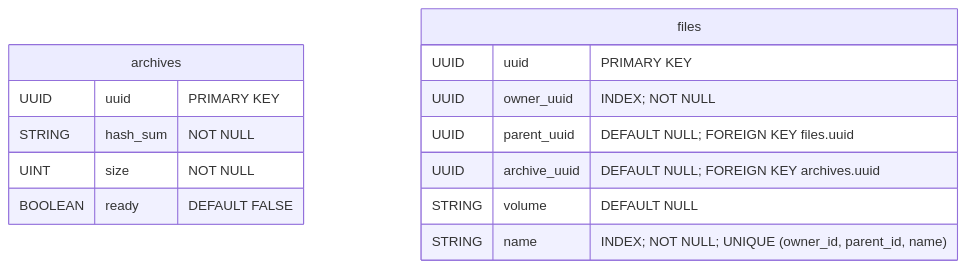
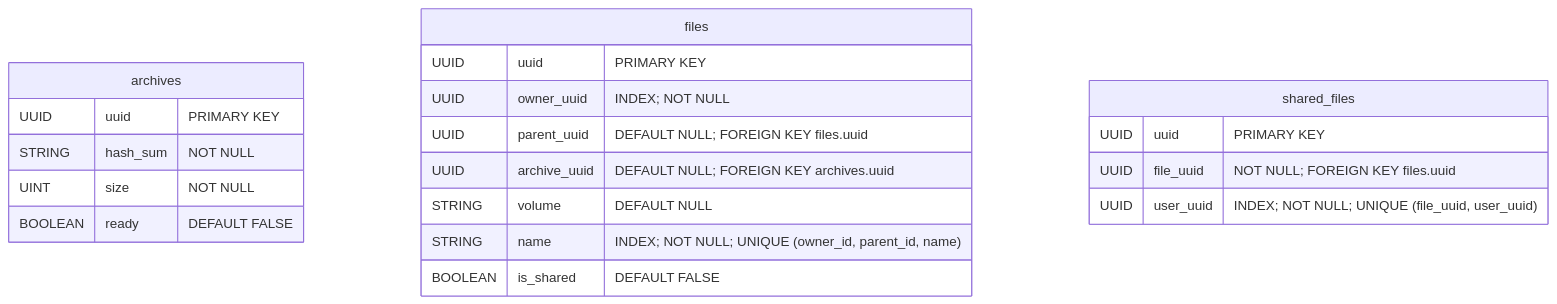
Before and after one commit to hawks-atlanta/docs: the third of 4 diagrams in Database.md, drawn with Mermaid. The commit also changed other lines of this file and 5 other files, not shown here.

First line of the commit message:
docs: updated database schemas with new ER-Diagrams (#20)

````diff
--- a/Database.md
+++ b/Database.md
@@ -74,18 +74,25 @@
 ```mermaid
 erDiagram
 	archives {
 		UUID    uuid        "PRIMARY KEY"
 		STRING  hash_sum    "NOT NULL"
 		UINT    size        "NOT NULL"
 		BOOLEAN ready       "DEFAULT FALSE"
 	}
 
 	files {
-		UUID    uuid            "PRIMARY KEY"
-		UUID    owner_uuid      "INDEX; NOT NULL"
-		UUID    parent_uuid     "DEFAULT NULL; FOREIGN KEY files.uuid"
-		UUID    archive_uuid    "DEFAULT NULL; FOREIGN KEY archives.uuid"
-		STRING  volume          "DEFAULT NULL"
-		STRING  name            "INDEX; NOT NULL; UNIQUE (owner_id, parent_id, name)"
+		UUID    	uuid            "PRIMARY KEY"
+		UUID    	owner_uuid      "INDEX; NOT NULL"
+		UUID    	parent_uuid     "DEFAULT NULL; FOREIGN KEY files.uuid"
+		UUID    	archive_uuid    "DEFAULT NULL; FOREIGN KEY archives.uuid"
+		STRING  	volume          "DEFAULT NULL"
+		STRING  	name            "INDEX; NOT NULL; UNIQUE (owner_id, parent_id, name)"
+		BOOLEAN 	is_shared 		 	"DEFAULT FALSE"
+	}
+	
+	shared_files {
+		UUID uuid      "PRIMARY KEY"
+		UUID file_uuid "NOT NULL; FOREIGN KEY files.uuid"
+		UUID user_uuid "INDEX; NOT NULL; UNIQUE (file_uuid, user_uuid)"
 	}
 ```
````
